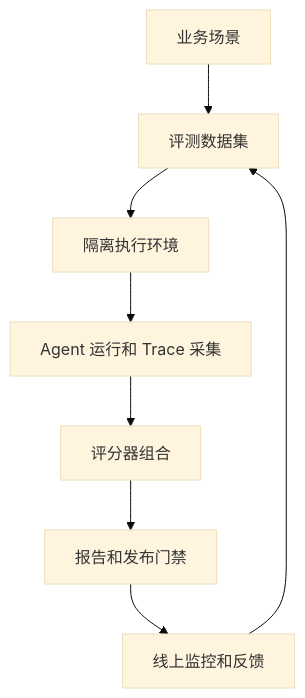
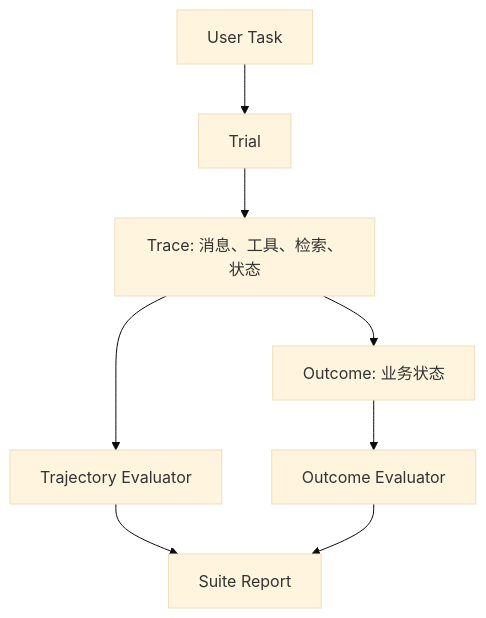
One commit to Doge2077/liyyro changed the first of 2 diagrams in docs/AI/Agent/Agent评估/Agent评估总览.md. Above: the diagram before and after it, drawn with Mermaid (base theme). The commit also changed other lines of this file and 27 other files, not shown here.

````diff
--- a/docs/AI/Agent/Agent评估/Agent评估总览.md
+++ b/docs/AI/Agent/Agent评估/Agent评估总览.md
@@ -49,10 +32,10 @@
 ```mermaid
 flowchart TD
-  A["业务场景"] --> B["评测数据集"]
-  B --> C["隔离执行环境"]
-  C --> D["Agent 运行和 Trace 采集"]
-  D --> E["评分器组合"]
-  E --> F["报告和发布门禁"]
-  F --> G["线上监控和反馈"]
-  G --> B
+  A["User Task"] --> B["Trial"]
+  B --> C["Trace: 消息、工具、检索、状态"]
+  C --> D["Outcome: 业务状态"]
+  C --> E["Trajectory Evaluator"]
+  D --> F["Outcome Evaluator"]
+  E --> G["Suite Report"]
+  F --> G
 ```
````
